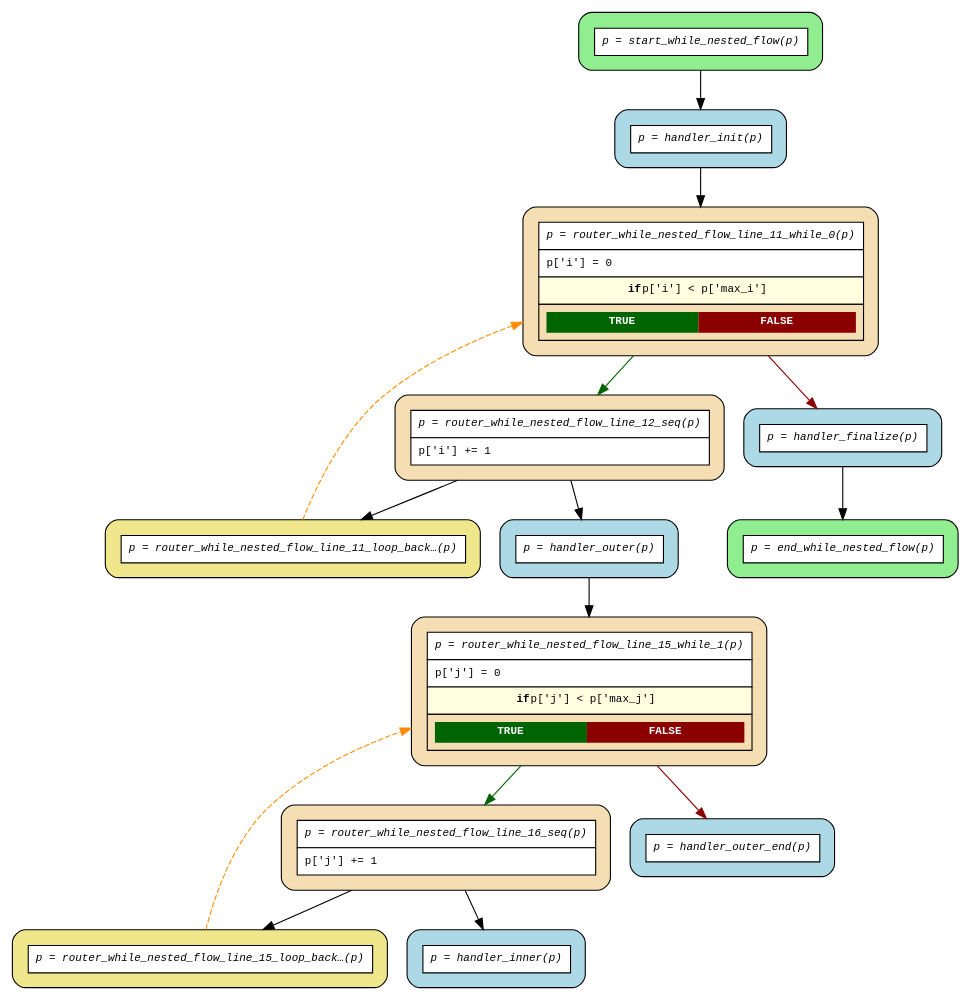
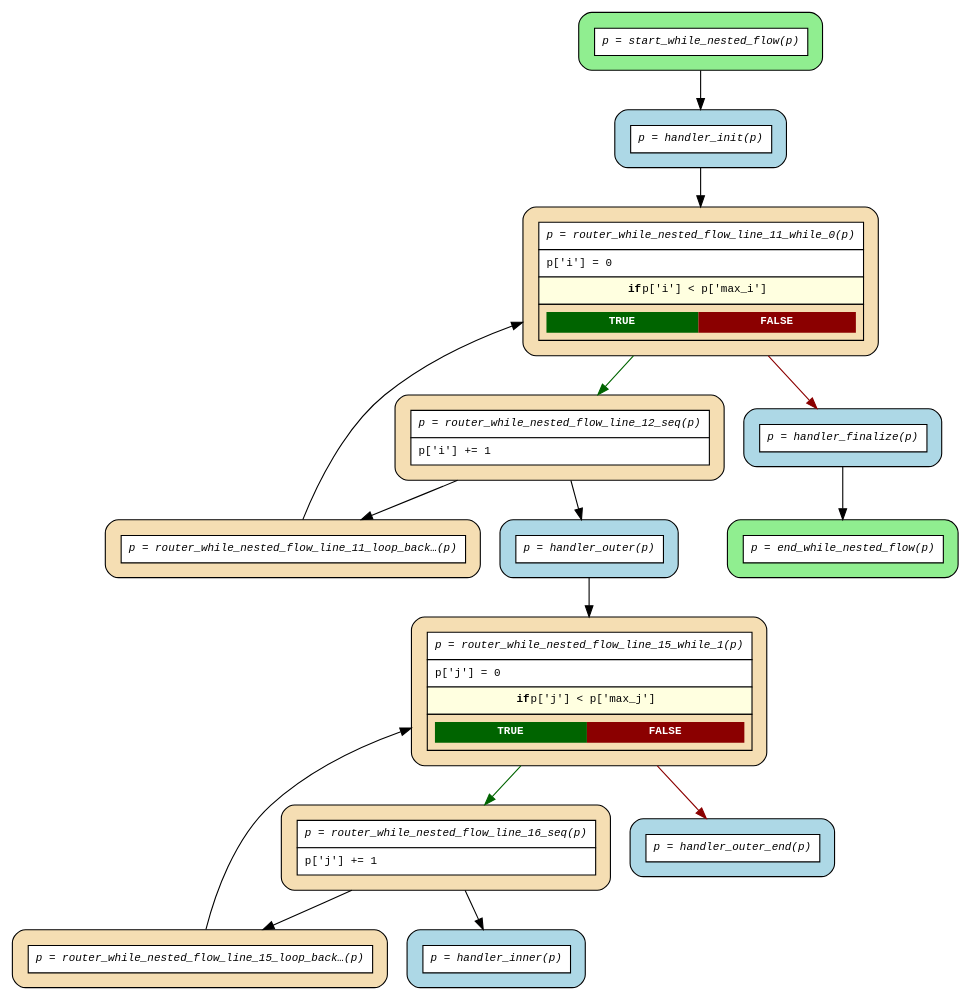
One commit to deliveryhero/asya changed the diagram in examples/flows/compiled/while_nested/flow.dot. Above: the diagram before and after it, drawn with Graphviz. The commit also changed 27 other files, not shown here.

```diff
--- a/examples/flows/compiled/while_nested/flow.dot
+++ b/examples/flows/compiled/while_nested/flow.dot
@@ -1,35 +1,35 @@
 digraph flow {
   rankdir=TB;
   graph [fontname="Courier", fontsize=10];
   node [fontname="Courier", fontsize=10, shape=box, style="filled,rounded", margin="0.2"];
   edge [fontname="Courier", fontsize=10];
 
   start_while_nested_flow [fillcolor="lightgreen", label=<<table border="0" cellspacing="0" cellpadding="6" cellborder="1"><tr><td bgcolor="white" align="center"><i>p = start_while_nested_flow(p)</i></td></tr></table>>];
   router_while_nested_flow_line_16_seq [fillcolor="wheat", label=<<table border="0" cellspacing="0" cellpadding="6" cellborder="1"><tr><td bgcolor="white" align="center"><i>p = router_while_nested_flow_line_16_seq(p)</i></td></tr><tr><td bgcolor="white" align="left">p['j'] += 1</td></tr></table>>];
-  router_while_nested_flow_line_15_loop_back_1 [fillcolor="khaki", label=<<table border="0" cellspacing="0" cellpadding="6" cellborder="1"><tr><td bgcolor="white" align="center"><i>p = router_while_nested_flow_line_15_loop_back…(p)</i></td></tr></table>>];
+  router_while_nested_flow_line_15_loop_back_1 [fillcolor="wheat", label=<<table border="0" cellspacing="0" cellpadding="6" cellborder="1"><tr><td bgcolor="white" align="center"><i>p = router_while_nested_flow_line_15_loop_back…(p)</i></td></tr></table>>];
   router_while_nested_flow_line_15_while_1 [fillcolor="wheat", label=<<table border="0" cellspacing="0" cellpadding="6" cellborder="1"><tr><td bgcolor="white" align="center"><i>p = router_while_nested_flow_line_15_while_1(p)</i></td></tr><tr><td bgcolor="white" align="left">p['j'] = 0</td></tr><tr><td bgcolor="lightyellow"><b>if</b> p['j'] &lt; p['max_j']</td></tr><tr><td><table border="0" cellspacing="0" cellpadding="4"><tr><td bgcolor="darkgreen"><font color="white"><b>TRUE</b></font></td><td bgcolor="darkred"><font color="white"><b>FALSE</b></font></td></tr></table></td></tr></table>>];
   router_while_nested_flow_line_12_seq [fillcolor="wheat", label=<<table border="0" cellspacing="0" cellpadding="6" cellborder="1"><tr><td bgcolor="white" align="center"><i>p = router_while_nested_flow_line_12_seq(p)</i></td></tr><tr><td bgcolor="white" align="left">p['i'] += 1</td></tr></table>>];
-  router_while_nested_flow_line_11_loop_back_0 [fillcolor="khaki", label=<<table border="0" cellspacing="0" cellpadding="6" cellborder="1"><tr><td bgcolor="white" align="center"><i>p = router_while_nested_flow_line_11_loop_back…(p)</i></td></tr></table>>];
+  router_while_nested_flow_line_11_loop_back_0 [fillcolor="wheat", label=<<table border="0" cellspacing="0" cellpadding="6" cellborder="1"><tr><td bgcolor="white" align="center"><i>p = router_while_nested_flow_line_11_loop_back…(p)</i></td></tr></table>>];
   router_while_nested_flow_line_11_while_0 [fillcolor="wheat", label=<<table border="0" cellspacing="0" cellpadding="6" cellborder="1"><tr><td bgcolor="white" align="center"><i>p = router_while_nested_flow_line_11_while_0(p)</i></td></tr><tr><td bgcolor="white" align="left">p['i'] = 0</td></tr><tr><td bgcolor="lightyellow"><b>if</b> p['i'] &lt; p['max_i']</td></tr><tr><td><table border="0" cellspacing="0" cellpadding="4"><tr><td bgcolor="darkgreen"><font color="white"><b>TRUE</b></font></td><td bgcolor="darkred"><font color="white"><b>FALSE</b></font></td></tr></table></td></tr></table>>];
   end_while_nested_flow [fillcolor="lightgreen", label=<<table border="0" cellspacing="0" cellpadding="6" cellborder="1"><tr><td bgcolor="white" align="center"><i>p = end_while_nested_flow(p)</i></td></tr></table>>];
   handler_finalize [fillcolor="lightblue", label=<<table border="0" cellspacing="0" cellpadding="6" cellborder="1"><tr><td bgcolor="white" align="center"><i>p = handler_finalize(p)</i></td></tr></table>>];
   handler_init [fillcolor="lightblue", label=<<table border="0" cellspacing="0" cellpadding="6" cellborder="1"><tr><td bgcolor="white" align="center"><i>p = handler_init(p)</i></td></tr></table>>];
   handler_inner [fillcolor="lightblue", label=<<table border="0" cellspacing="0" cellpadding="6" cellborder="1"><tr><td bgcolor="white" align="center"><i>p = handler_inner(p)</i></td></tr></table>>];
   handler_outer [fillcolor="lightblue", label=<<table border="0" cellspacing="0" cellpadding="6" cellborder="1"><tr><td bgcolor="white" align="center"><i>p = handler_outer(p)</i></td></tr></table>>];
   handler_outer_end [fillcolor="lightblue", label=<<table border="0" cellspacing="0" cellpadding="6" cellborder="1"><tr><td bgcolor="white" align="center"><i>p = handler_outer_end(p)</i></td></tr></table>>];
 
   handler_finalize -> end_while_nested_flow;
   handler_init -> router_while_nested_flow_line_11_while_0;
   handler_outer -> router_while_nested_flow_line_15_while_1;
-  router_while_nested_flow_line_11_loop_back_0 -> router_while_nested_flow_line_11_while_0 [style=dashed, color=darkorange, constraint=false];
+  router_while_nested_flow_line_11_loop_back_0 -> router_while_nested_flow_line_11_while_0 [constraint=false];
   router_while_nested_flow_line_11_while_0 -> handler_finalize [color=darkred];
   router_while_nested_flow_line_11_while_0 -> router_while_nested_flow_line_12_seq [color=darkgreen];
   router_while_nested_flow_line_12_seq -> handler_outer;
   router_while_nested_flow_line_12_seq -> router_while_nested_flow_line_11_loop_back_0;
-  router_while_nested_flow_line_15_loop_back_1 -> router_while_nested_flow_line_15_while_1 [style=dashed, color=darkorange, constraint=false];
+  router_while_nested_flow_line_15_loop_back_1 -> router_while_nested_flow_line_15_while_1 [constraint=false];
   router_while_nested_flow_line_15_while_1 -> handler_outer_end [color=darkred];
   router_while_nested_flow_line_15_while_1 -> router_while_nested_flow_line_16_seq [color=darkgreen];
   router_while_nested_flow_line_16_seq -> handler_inner;
   router_while_nested_flow_line_16_seq -> router_while_nested_flow_line_15_loop_back_1;
   start_while_nested_flow -> handler_init;
 }
```
